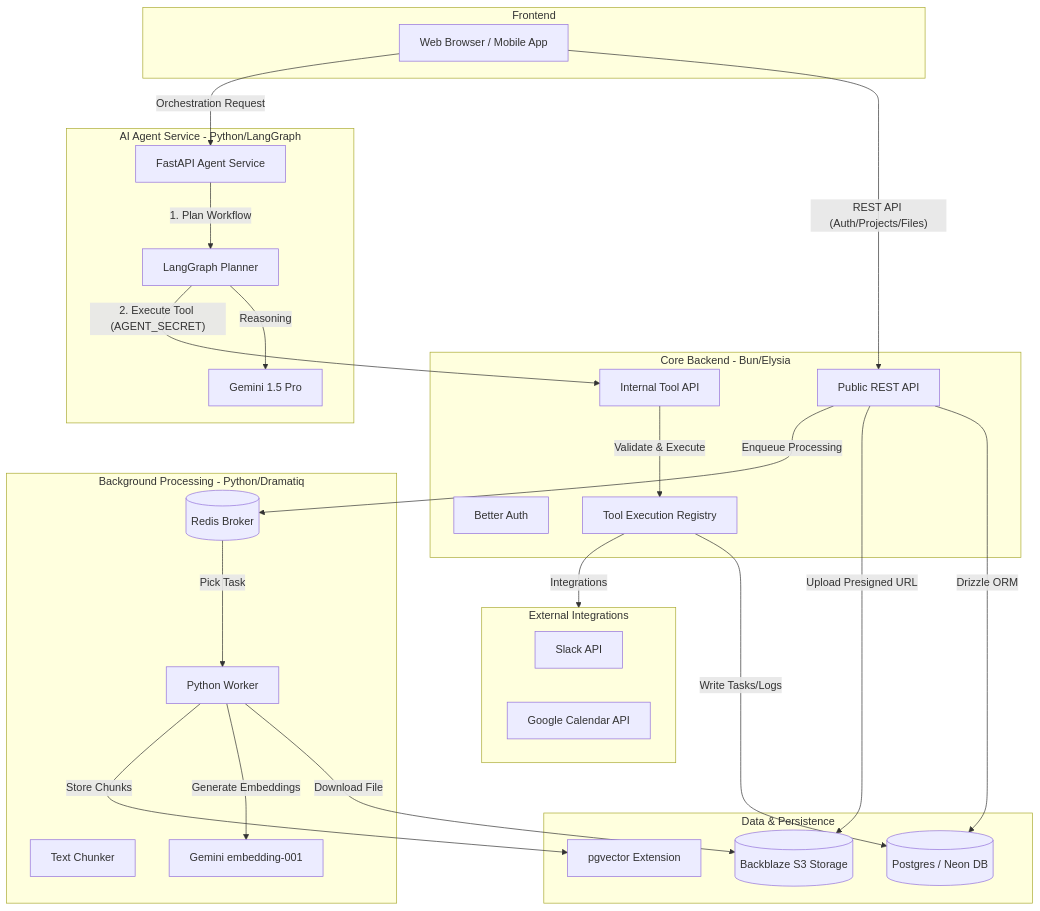
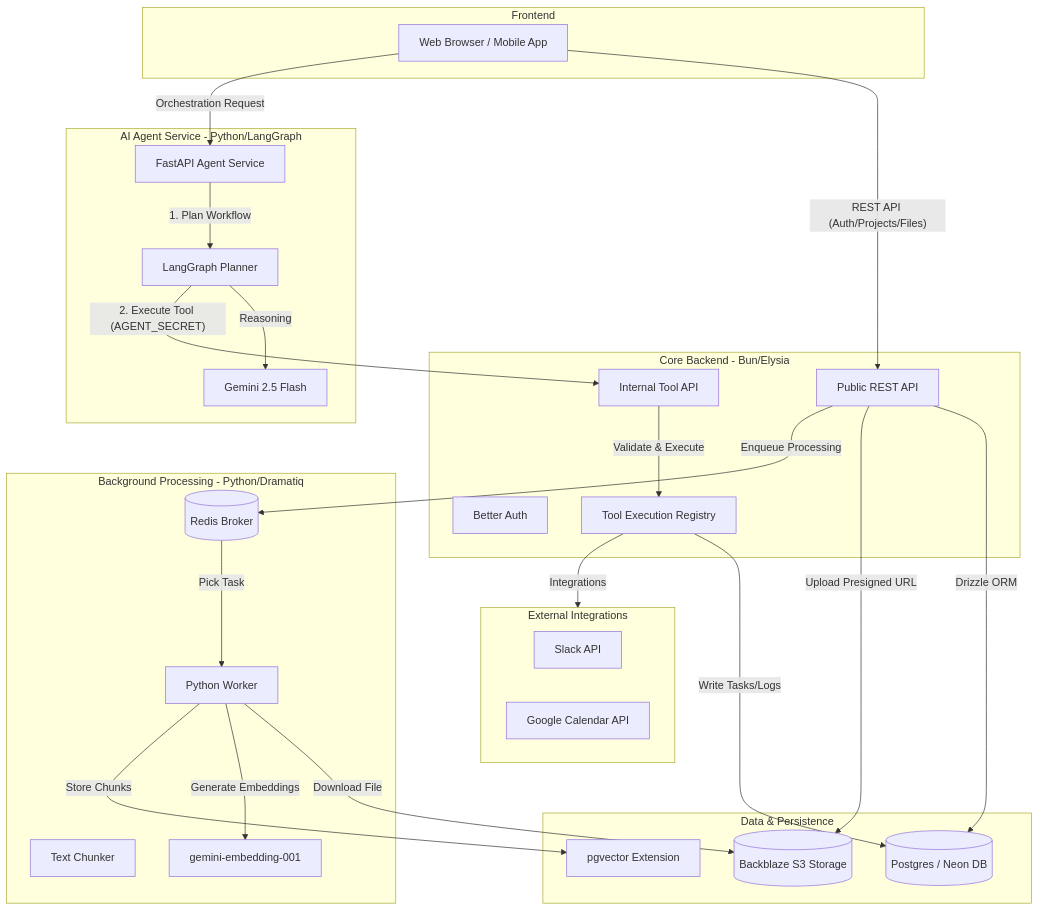
One commit to Nexylor-Tech/cognexa changed the second of 2 diagrams in README.md. Above: the diagram before and after it, drawn with Mermaid. The commit also changed other lines of this file, not shown here.

````diff
--- a/README.md
+++ b/README.md
@@ -71,62 +81,62 @@
 ```mermaid
 
   graph TD
       subgraph Frontend_Layer [Frontend]
           Client[Web Browser / Mobile App]
       end
   
       subgraph Orchestration_Layer [AI Agent Service - Python/LangGraph]
           Agent[FastAPI Agent Service]
           Planner[LangGraph Planner]
-          GeminiLLM[Gemini 1.5 Pro]
+          GeminiLLM[Gemini 2.5 Flash]
       end
   
       subgraph Backend_Layer [Core Backend - Bun/Elysia]
           API[Public REST API]
           InternalAPI[Internal Tool API]
           BetterAuth[Better Auth]
           ToolRegistry[Tool Execution Registry]
       end
   
       subgraph Async_Layer [Background Processing - Python/Dramatiq]
           Worker[Python Worker]
           Redis[(Redis Broker)]
           Chunker[Text Chunker]
-          GeminiEmbed[Gemini embedding-001]
+          GeminiEmbed[gemini-embedding-001]
       end
   
       subgraph Storage_Layer [Data & Persistence]
           Postgres[(Postgres / Neon DB)]
           VectorDB[pgvector Extension]
           S3[(Backblaze S3 Storage)]
       end
   
       subgraph Third_Party [External Integrations]
           Slack[Slack API]
           Calendar[Google Calendar API]
       end
   
       %% Frontend Interactions
       Client -- "REST API (Auth/Projects/Files)" --> API
       Client -- "Orchestration Request" --> Agent
   
       %% Agent Flow
       Agent -- "1. Plan Workflow" --> Planner
       Planner -- "Reasoning" --> GeminiLLM
       Planner -- "2. Execute Tool (AGENT_SECRET)" --> InternalAPI
   
       %% Backend Flow
       API -- "Drizzle ORM" --> Postgres
       API -- "Upload Presigned URL" --> S3
       API -- "Enqueue Processing" --> Redis
       InternalAPI -- "Validate & Execute" --> ToolRegistry
       ToolRegistry -- "Write Tasks/Logs" --> Postgres
       ToolRegistry -- "Integrations" --> Third_Party
   
       %% Worker Flow
       Redis -- "Pick Task" --> Worker
       Worker -- "Download File" --> S3
       Worker -- "Generate Embeddings" --> GeminiEmbed
       Worker -- "Store Chunks" --> VectorDB
 
 ```
````
